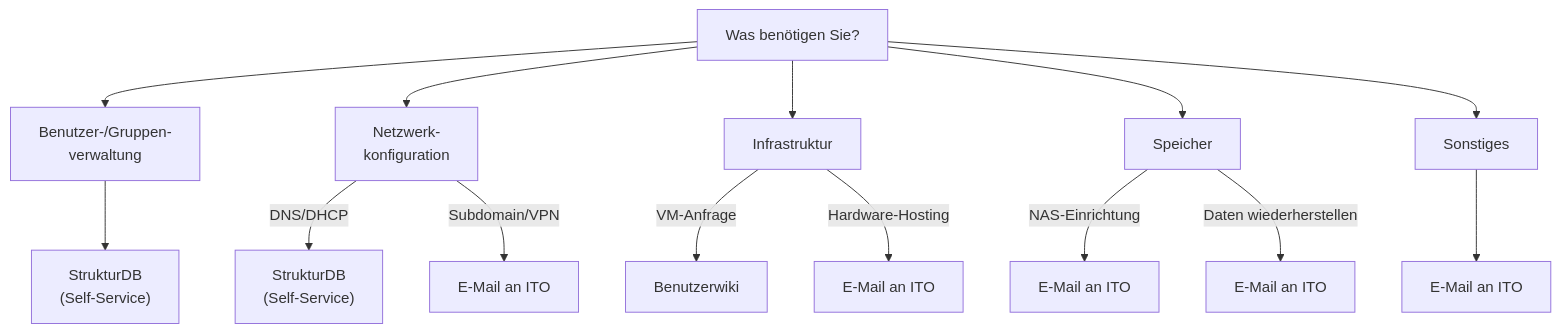
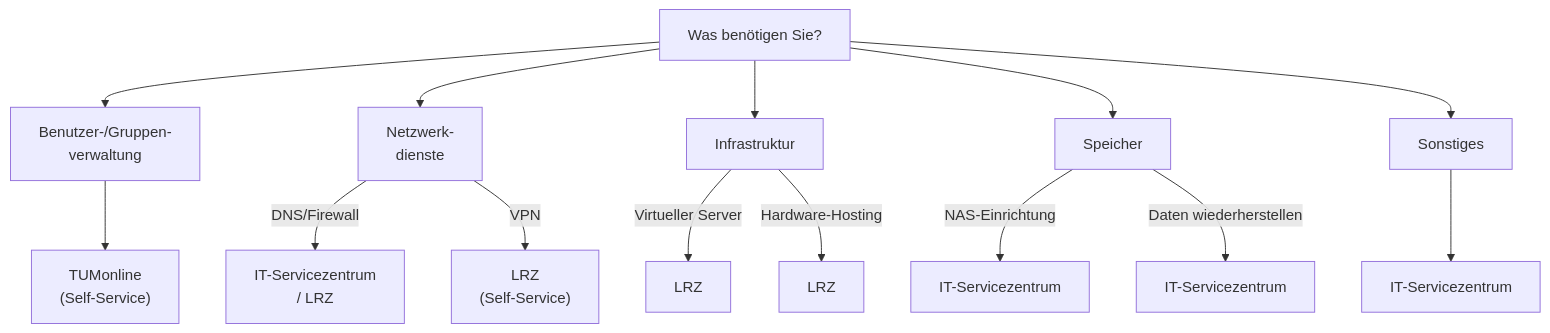
One commit to jtimo/tum-ito-admin-guide changed the diagram in de/chapters/08-schnellreferenz.qmd. Above: the diagram before and after it, drawn with Mermaid. The commit also changed other lines of this file and 21 other files, not shown here.

````diff
--- a/de/chapters/08-schnellreferenz.qmd
+++ b/de/chapters/08-schnellreferenz.qmd
@@ -30,20 +32,20 @@
 ```{mermaid}
 %%| fig-cap: "Service-Anfrage-Entscheidungsbaum"
 flowchart TB
     Task["Was benötigen Sie?"]
 
     Task --> User["Benutzer-/Gruppen-<br/>verwaltung"]
-    Task --> Network["Netzwerk-<br/>konfiguration"]
+    Task --> Network["Netzwerk-<br/>dienste"]
     Task --> Infra["Infrastruktur"]
     Task --> Storage["Speicher"]
     Task --> Other["Sonstiges"]
 
-    User --> StrukturDB1["StrukturDB<br/>(Self-Service)"]
-    Network --> |DNS/DHCP| StrukturDB2["StrukturDB<br/>(Self-Service)"]
-    Network --> |Subdomain/VPN| Email1["E-Mail an ITO"]
-    Infra --> |VM-Anfrage| Wiki["Benutzerwiki"]
-    Infra --> |Hardware-Hosting| Email2["E-Mail an ITO"]
-    Storage --> |NAS-Einrichtung| Email3["E-Mail an ITO"]
-    Storage --> |Daten wiederherstellen| Email4["E-Mail an ITO"]
-    Other --> Email5["E-Mail an ITO"]
+    User --> TUMonline1["TUMonline<br/>(Self-Service)"]
+    Network --> |DNS/Firewall| ITSZ1["IT-Servicezentrum<br/>/ LRZ"]
+    Network --> |VPN| LRZ1["LRZ<br/>(Self-Service)"]
+    Infra --> |Virtueller Server| LRZ2["LRZ"]
+    Infra --> |Hardware-Hosting| LRZ3["LRZ"]
+    Storage --> |NAS-Einrichtung| ITSZ2["IT-Servicezentrum"]
+    Storage --> |Daten wiederherstellen| ITSZ3["IT-Servicezentrum"]
+    Other --> ITSZ4["IT-Servicezentrum"]
 ```
````
